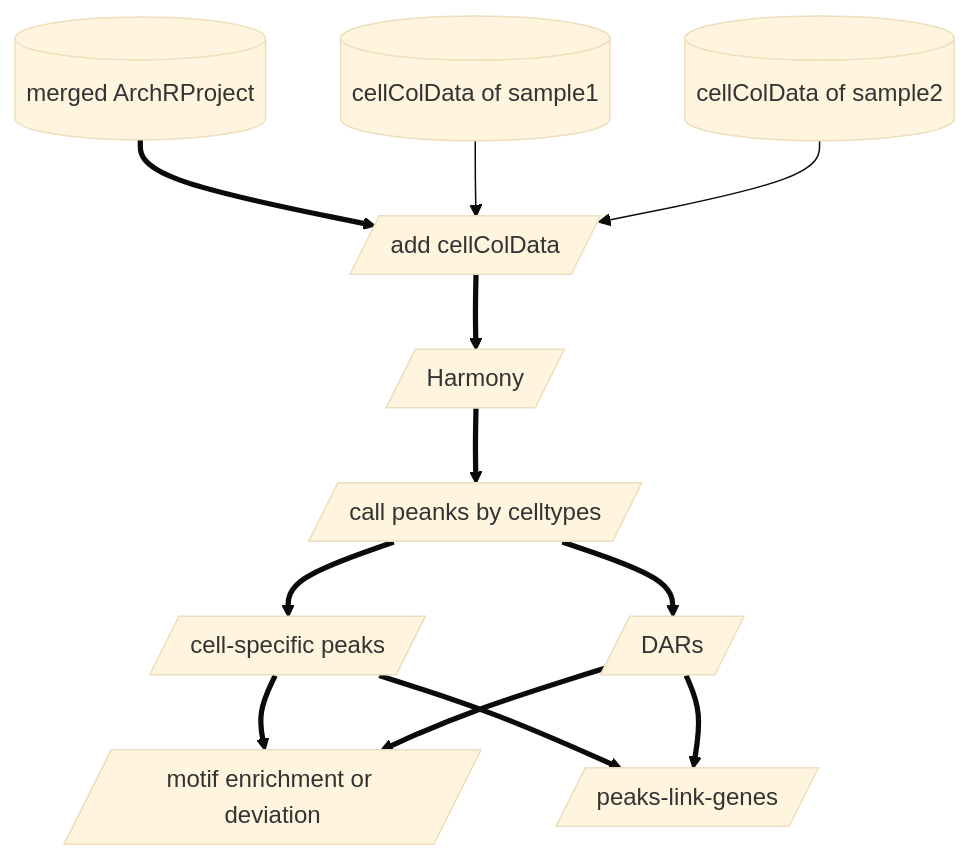
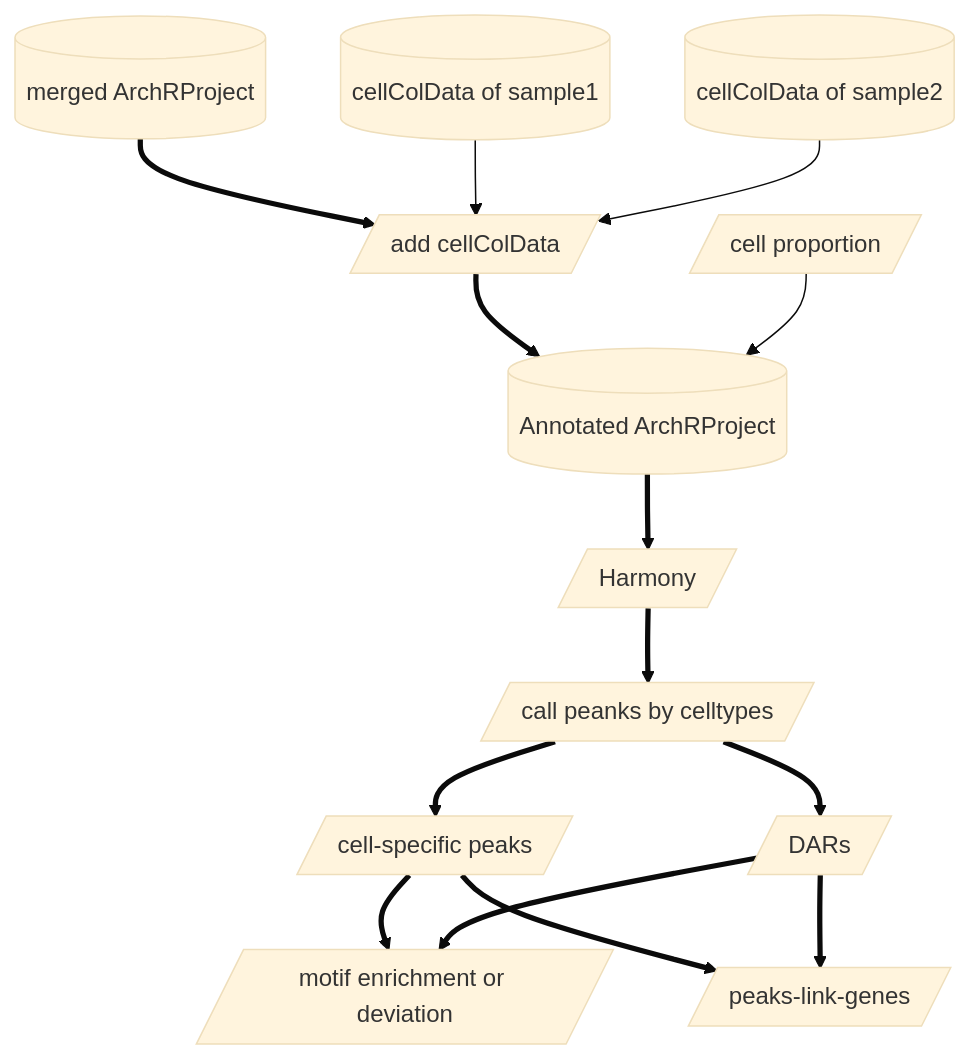
One commit to ydgenomics/omics4plant changed the second of 2 diagrams in SOFTWARE/ArchR/NOTE-archr/README.md. Above: the diagram before and after it, drawn with Mermaid (base theme). The commit also changed 25 other files, not shown here.

````diff
--- a/SOFTWARE/ArchR/NOTE-archr/README.md
+++ b/SOFTWARE/ArchR/NOTE-archr/README.md
@@ -33,10 +33,11 @@
 ```mermaid
 flowchart TB
-1[(merged ArchRProject)] ==> 2[/add cellColData/] ==> 3[/Harmony/] ==> 4[/call peanks by celltypes/] ==> 5[/cell-specific peaks/] ==> 6[/motif enrichment or deviation/]
+1[(merged ArchRProject)] ==> 2[/add cellColData/] ==> 1.1[(Annotated ArchRProject)] ==> 3[/Harmony/] ==> 4[/call peanks by celltypes/] ==> 5[/cell-specific peaks/] ==> 6[/motif enrichment or deviation/]
+9[/cell proportion/] --> 1.1
 5 ==> 7[/peaks-link-genes/]
 4 ==> 8[/DARs/] ==> 6
 8 ==> 7
 2.1[(cellColData of sample1)] --> 2
 2.2[(cellColData of sample2)] --> 2
 
 ```
````
